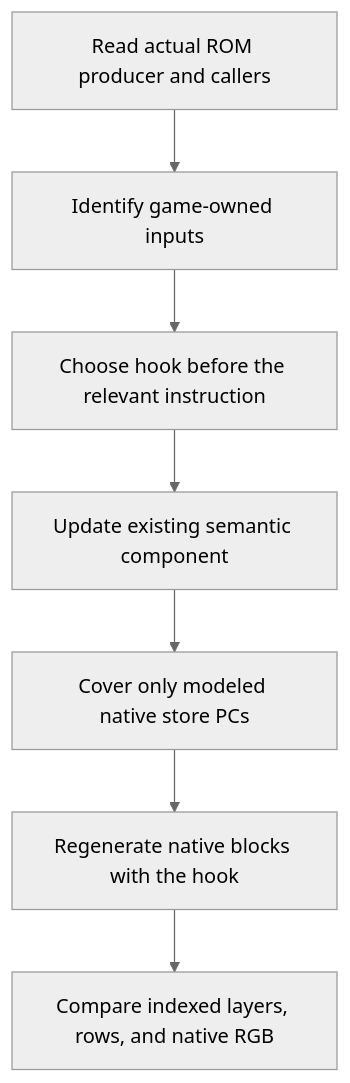
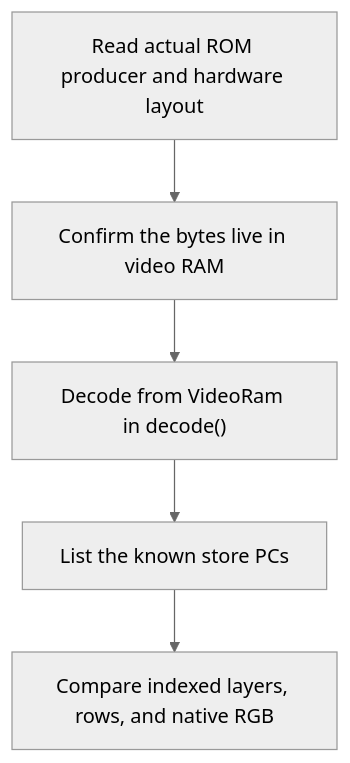
The diagram in docs/site/developer/runtime/video/extending.md (ansxor/f3-recomp), drawn with Mermaid (neutral theme) before and after one commit. The commit also changed other lines of this file and 73 other files, not shown here.

Commit message:
Rework game video HLE: generic/log/decode modules, scene/sprite/tile/text/line updates, docs refresh

````diff
--- a/docs/site/developer/runtime/video/extending.md
+++ b/docs/site/developer/runtime/video/extending.md
@@ -39,9 +51,7 @@
 ```mermaid
 flowchart TD
-    ROM["Read actual ROM producer and callers"] --> INPUT["Identify game-owned inputs"]
-    INPUT --> TIME["Choose hook before the relevant instruction"]
-    TIME --> MODEL["Update existing semantic component"]
-    MODEL --> GUARD["Cover only modeled native store PCs"]
-    GUARD --> GEN["Regenerate native blocks with the hook"]
-    GEN --> PARITY["Compare indexed layers, rows, and native RGB"]
+    ROM["Read actual ROM producer and hardware layout"] --> SRC["Confirm the bytes live in video RAM"]
+    SRC --> DEC["Decode from VideoRam in decode()"]
+    DEC --> GUARD["List the known store PCs"]
+    GUARD --> PARITY["Compare indexed layers, rows, and native RGB"]
 ```
````
